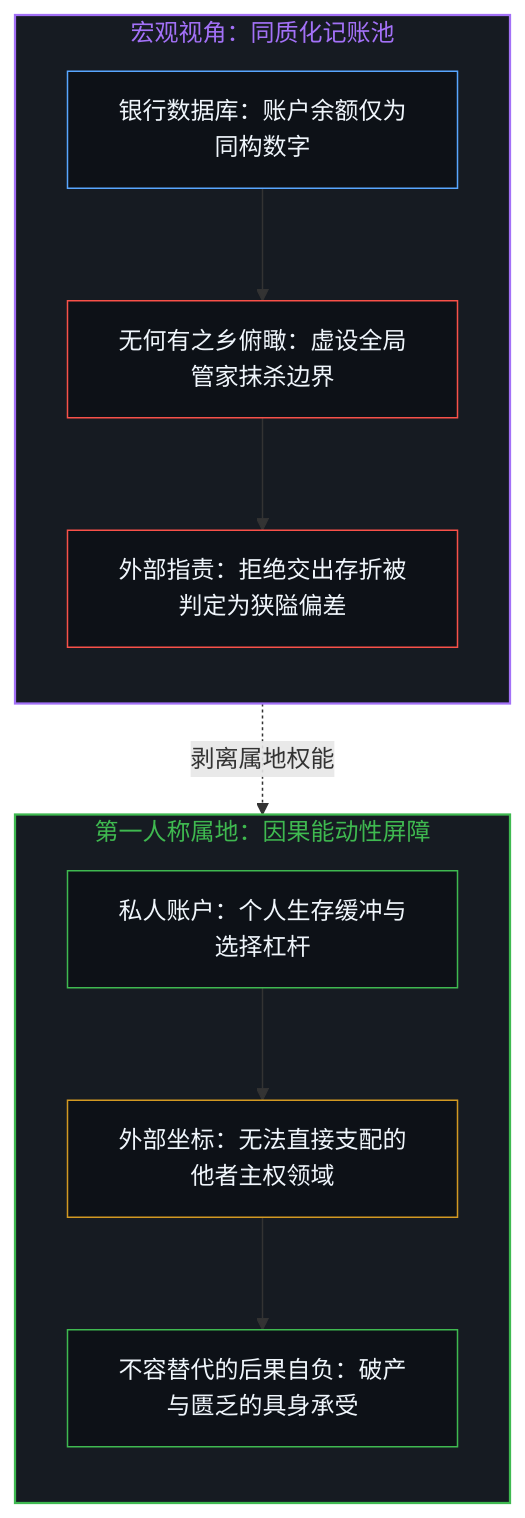
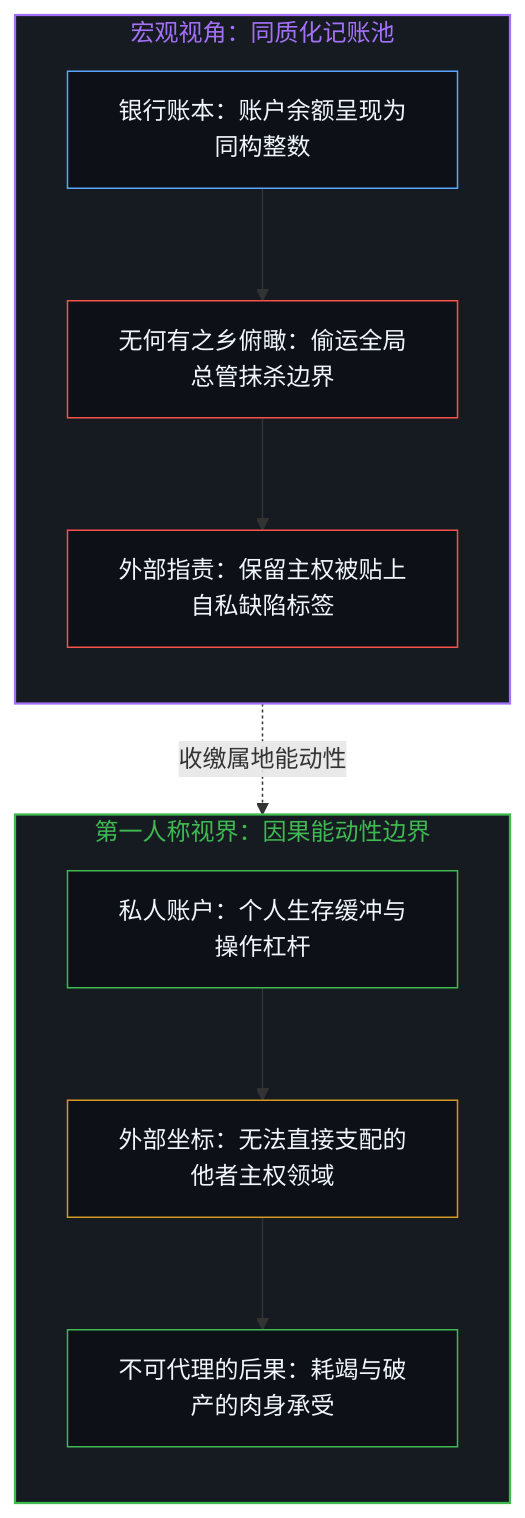
Before and after one commit to powerpig99/not-a-toe: the third of 8 diagrams in content/posts/abstract-pain-and-living-hunger.md, drawn with Mermaid. The commit also changed other lines of this file and 7 other files, not shown here.

````diff
--- a/content/posts/abstract-pain-and-living-hunger.md
+++ b/content/posts/abstract-pain-and-living-hunger.md
@@ -81,26 +81,26 @@
 ```mermaid
 flowchart TD
     subgraph S_Macro["宏观视角：同质化记账池"]
         direction TB
-        B1["银行数据库：账户余额仅为同构数字"]
-        B2["无何有之乡俯瞰：虚设全局管家抹杀边界"]
-        B3["外部指责：拒绝交出存折被判定为狭隘偏差"]
+        B1["银行账本：账户余额呈现为同构整数"]
+        B2["无何有之乡俯瞰：偷运全局总管抹杀边界"]
+        B3["外部指责：保留主权被贴上自私缺陷标签"]
     end
-    subgraph S_Agent["第一人称属地：因果能动性屏障"]
+    subgraph S_Agent["第一人称视界：因果能动性边界"]
         direction TB
-        A1["私人账户：个人生存缓冲与选择杠杆"]
+        A1["私人账户：个人生存缓冲与操作杠杆"]
         A2["外部坐标：无法直接支配的他者主权领域"]
-        A3["不容替代的后果自负：破产与匮乏的具身承受"]
+        A3["不可代理的后果：耗竭与破产的肉身承受"]
     end
     B1 --> B2 --> B3
     A1 --> A2 --> A3
-    B2 -. "剥离属地权能" .-> A1
+    B2 -. "收缴属地能动性" .-> A1
     style S_Macro fill:#161b22,stroke:#a371f7,stroke-width:1.5px,color:#a371f7
     style S_Agent fill:#161b22,stroke:#3fb950,stroke-width:1.5px,color:#3fb950
     style B1 fill:#0d1117,stroke:#58a6ff,stroke-width:1px,color:#f0f6fc
     style B2 fill:#0d1117,stroke:#f85149,stroke-width:1px,color:#f0f6fc
     style B3 fill:#0d1117,stroke:#f85149,stroke-width:1px,color:#f0f6fc
     style A1 fill:#0d1117,stroke:#3fb950,stroke-width:1px,color:#f0f6fc
     style A2 fill:#0d1117,stroke:#d29922,stroke-width:1px,color:#f0f6fc
     style A3 fill:#0d1117,stroke:#3fb950,stroke-width:1px,color:#f0f6fc
 ```
````
